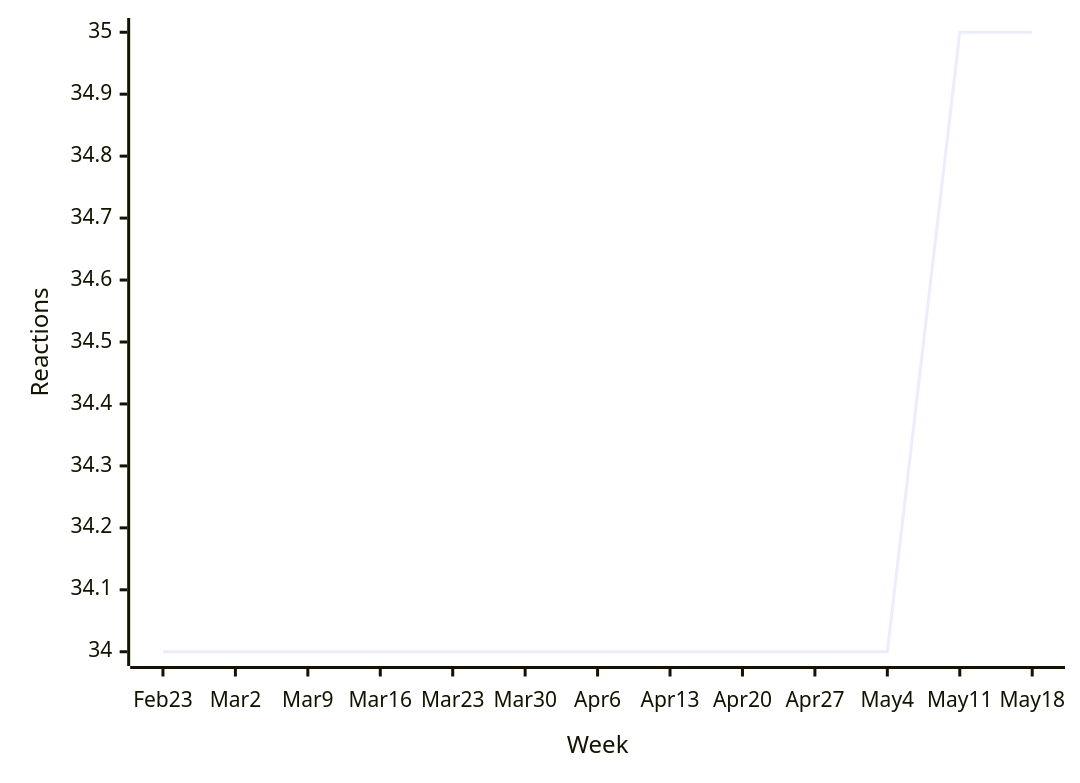
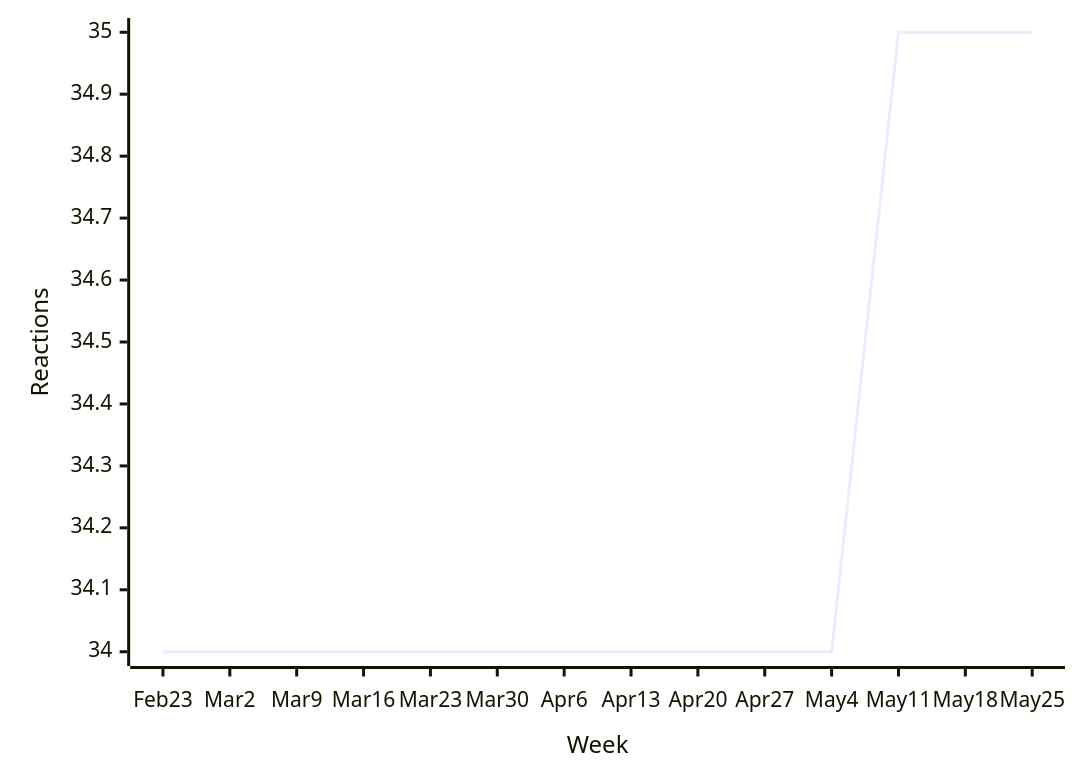
Before and after one commit to loic-sharma/github-insights: diagram 16 of 49 in README.md, drawn with Mermaid. The commit also changed other lines of this file and 3 other files, not shown here.

````diff
--- a/README.md
+++ b/README.md
@@ -594,6 +594,6 @@
   ```mermaid
   xychart-beta
-    x-axis "Week" [Feb 23, Mar 2, Mar 9, Mar 16, Mar 23, Mar 30, Apr 6, Apr 13, Apr 20, Apr 27, May 4, May 11, May 18]
+    x-axis "Week" [Feb 23, Mar 2, Mar 9, Mar 16, Mar 23, Mar 30, Apr 6, Apr 13, Apr 20, Apr 27, May 4, May 11, May 18, May 25]
     y-axis "Reactions"
-    line [34, 34, 34, 34, 34, 34, 34, 34, 34, 34, 34, 35, 35]
+    line [34, 34, 34, 34, 34, 34, 34, 34, 34, 34, 34, 35, 35, 35]
   ```
````
